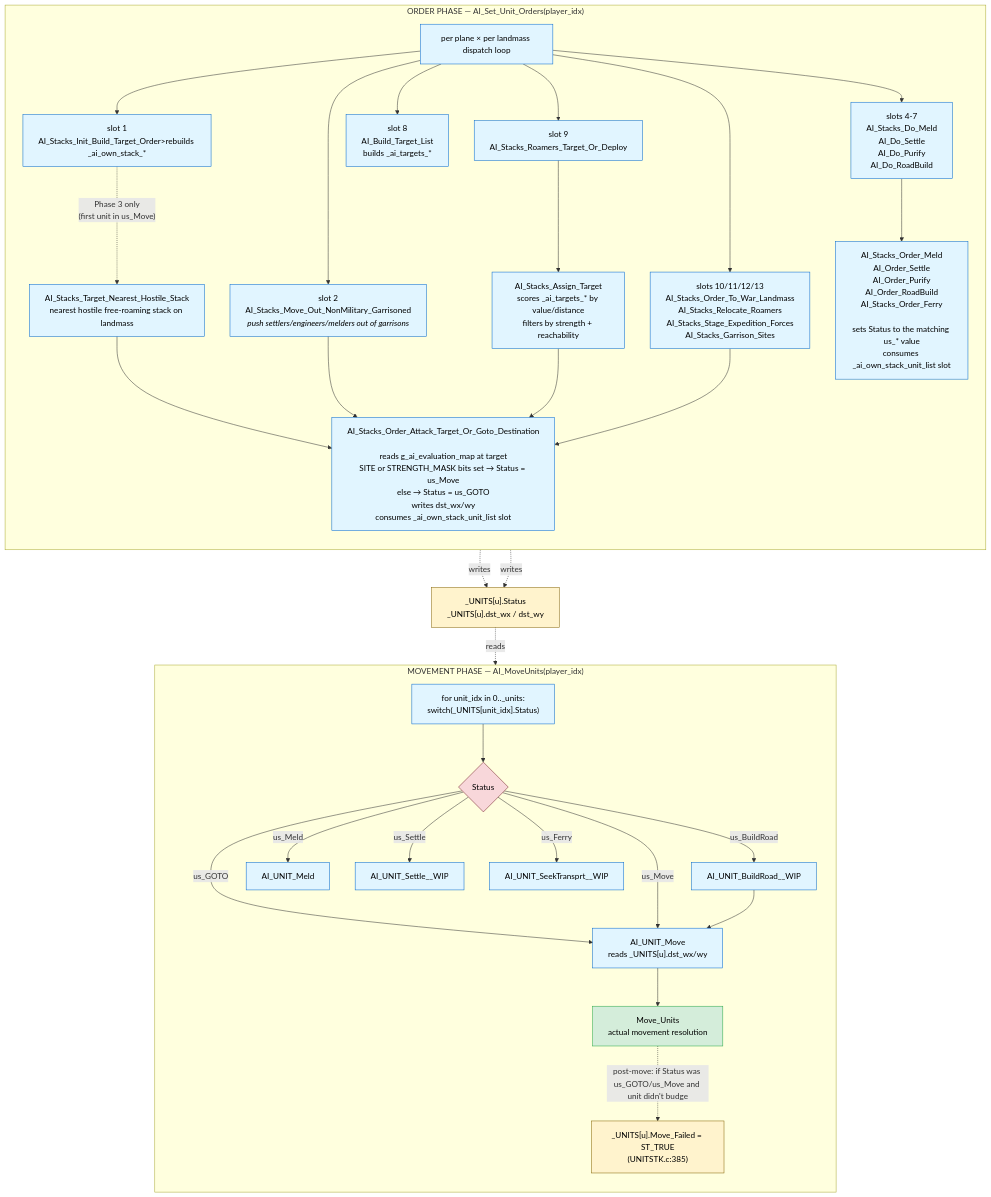
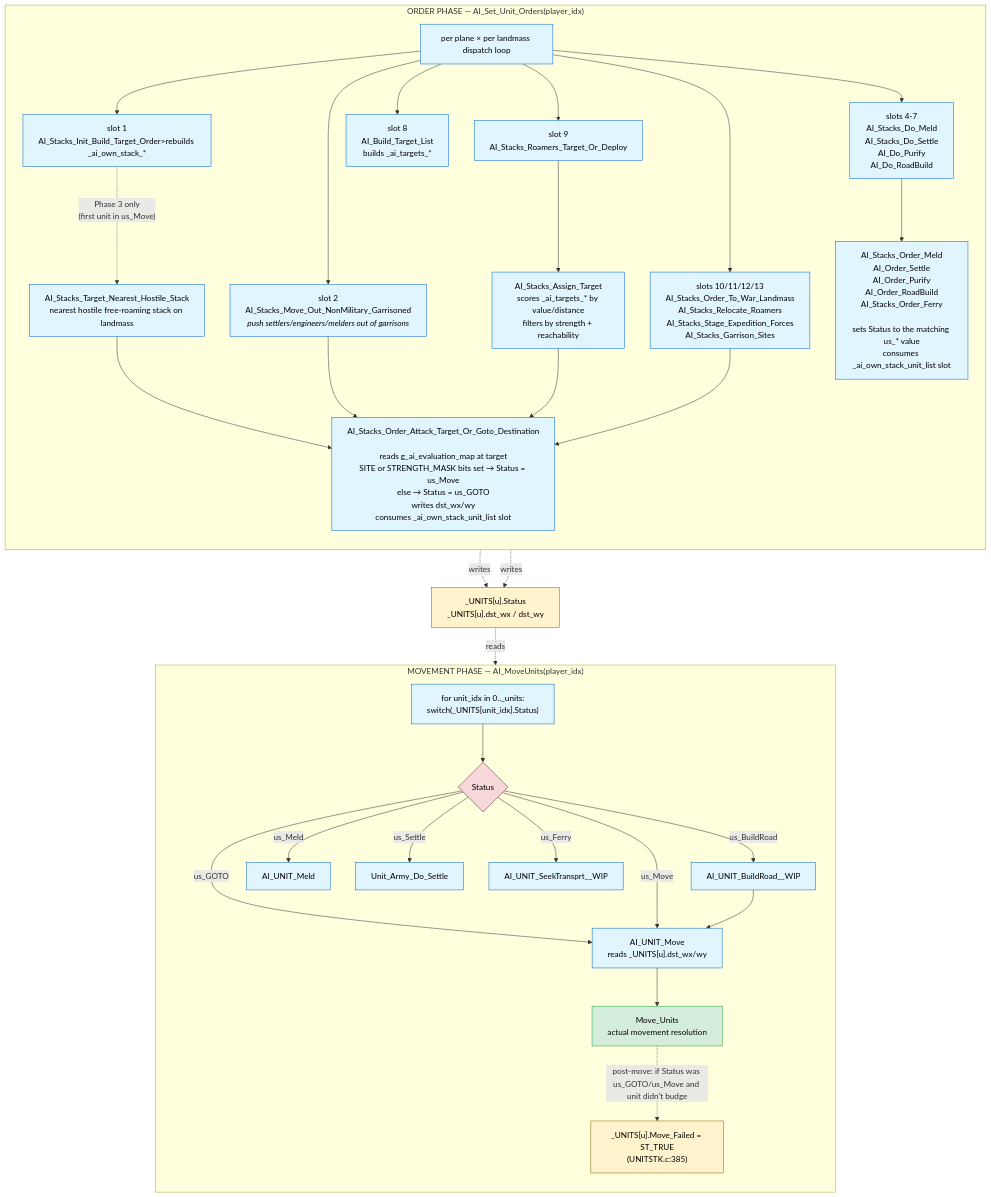
One commit to jbalcomb/ReMoM changed the second of 3 diagrams in doc/ComputerPlayer/AI-Turn-Diagrams.md. Above: the diagram before and after it, drawn with Mermaid. The commit also changed 56 other files, not shown here.

Commit message:
done-done AI_Stacks_Do_Settle()

````diff
--- a/doc/ComputerPlayer/AI-Turn-Diagrams.md
+++ b/doc/ComputerPlayer/AI-Turn-Diagrams.md
@@ -39,56 +39,56 @@
 ```mermaid
 flowchart TD
     classDef phase fill:#f5f5f5,stroke:#666,stroke-width:2px,color:#000
     classDef func fill:#e1f5ff,stroke:#0066cc,color:#000
     classDef state fill:#fff3cd,stroke:#856404,color:#000
     classDef terminal fill:#d4edda,stroke:#28a745,color:#000
     classDef gate fill:#f8d7da,stroke:#721c24,color:#000
 
     subgraph PhaseOrders["ORDER PHASE — AI_Set_Unit_Orders(player_idx)"]
         direction TB
         Dispatch["per plane × per landmass dispatch loop"]:::func
 
         Dispatch --> Slot1["slot 1<br/>AI_Stacks_Init_Build_Target_Order>rebuilds _ai_own_stack_*</i>"]:::func
         Dispatch --> Slot2["slot 2<br/>AI_Stacks_Move_Out_NonMilitary_Garrisoned<br/><i>push settlers/engineers/melders out of garrisons</i>"]:::func
-        Dispatch --> Slots4_7["slots 4-7<br/>AI_Stacks_Do_Meld<br/>AI_Do_Settle<br/>AI_Do_Purify<br/>AI_Do_RoadBuild"]:::func
+        Dispatch --> Slots4_7["slots 4-7<br/>AI_Stacks_Do_Meld<br/>AI_Stacks_Do_Settle<br/>AI_Do_Purify<br/>AI_Do_RoadBuild"]:::func
         Dispatch --> Slot8["slot 8<br/>AI_Build_Target_List<br/>builds _ai_targets_*"]:::func
         Dispatch --> Slot9["slot 9<br/>AI_Stacks_Roamers_Target_Or_Deploy"]:::func
         Dispatch --> SlotsRally["slots 10/11/12/13<br/>AI_Stacks_Order_To_War_Landmass<br/>AI_Stacks_Relocate_Roamers<br/>AI_Stacks_Stage_Expedition_Forces<br/>AI_Stacks_Garrison_Sites"]:::func
 
         Slot1 -. "Phase 3 only<br/>(first unit in us_Move)" .-> FindNearest["AI_Stacks_Target_Nearest_Hostile_Stack<br/>nearest hostile free-roaming stack on landmass"]:::func
         FindNearest --> SetTgt
 
         Slot2 --> SetTgt
         Slot9 --> AssignTgt["AI_Stacks_Assign_Target<br/>scores _ai_targets_* by value/distance<br/>filters by strength + reachability"]:::func
         AssignTgt --> SetTgt
         SlotsRally --> SetTgt
 
         SetTgt["AI_Stacks_Order_Attack_Target_Or_Goto_Destination<br/><br/>reads g_ai_evaluation_map at target<br/>SITE or STRENGTH_MASK bits set → Status = us_Move<br/>else → Status = us_GOTO<br/>writes dst_wx/wy<br/>consumes _ai_own_stack_unit_list slot"]:::func
 
         Slots4_7 --> OrderXxx["AI_Stacks_Order_Meld<br/>AI_Order_Settle<br/>AI_Order_Purify<br/>AI_Order_RoadBuild<br/>AI_Stacks_Order_Ferry<br/><br/>sets Status to the matching us_* value<br/>consumes _ai_own_stack_unit_list slot"]:::func
     end
 
     SetTgt -. "writes" .-> UnitFields
     OrderXxx -. "writes" .-> UnitFields
 
     UnitFields["_UNITS[u].Status<br/>_UNITS[u].dst_wx / dst_wy"]:::state
 
     subgraph PhaseMove["MOVEMENT PHASE — AI_MoveUnits(player_idx)"]
         direction TB
         MoveLoop["for unit_idx in 0.._units:<br/>switch(_UNITS[unit_idx].Status)"]:::func
         MoveLoop --> StatusGate{Status}:::gate
         StatusGate -- "us_GOTO" --> UnitMove
         StatusGate -- "us_Move" --> UnitMove
         StatusGate -- "us_BuildRoad" --> BuildRoad["AI_UNIT_BuildRoad__WIP"]:::func
         BuildRoad --> UnitMove
         StatusGate -- "us_Meld" --> UnitMeld["AI_UNIT_Meld"]:::func
-        StatusGate -- "us_Settle" --> UnitSettle["AI_UNIT_Settle__WIP"]:::func
+        StatusGate -- "us_Settle" --> UnitSettle["Unit_Army_Do_Settle"]:::func
         StatusGate -- "us_Ferry" --> UnitSeek["AI_UNIT_SeekTransprt__WIP"]:::func
 
         UnitMove["AI_UNIT_Move<br/>reads _UNITS[u].dst_wx/wy"]:::func --> MoveUnits["Move_Units<br/>actual movement resolution"]:::terminal
 
         MoveUnits -. "post-move: if Status was us_GOTO/us_Move and unit didn't budge" .-> MoveFailed["_UNITS[u].Move_Failed = ST_TRUE<br/>(UNITSTK.c:385)"]:::state
     end
 
     UnitFields -. "reads" .-> MoveLoop
 ```
````
